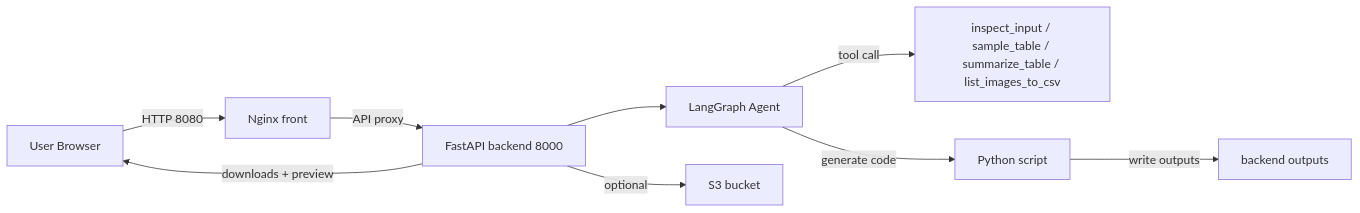
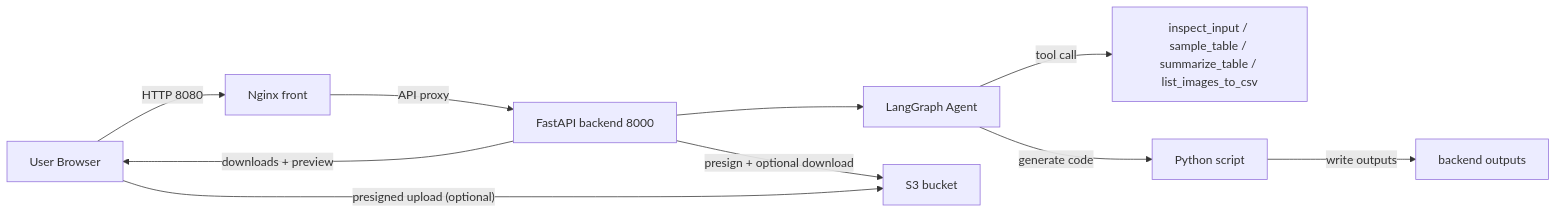
One commit to sonsukwoo/Data_preprocessing_auto changed the first of 3 diagrams in README.md. Above: the diagram before and after it, drawn with Mermaid. The commit also changed other lines of this file, not shown here.

````diff
--- a/README.md
+++ b/README.md
@@ -95,11 +95,12 @@
 ```mermaid
 flowchart LR
   U["User Browser"] -->|"HTTP 8080"| N["Nginx front"]
   N -->|"API proxy"| A["FastAPI backend 8000"]
   A --> G["LangGraph Agent"]
   G -->|"tool call"| T["inspect_input / sample_table / summarize_table / list_images_to_csv"]
   G -->|"generate code"| P["Python script"]
   P -->|"write outputs"| O["backend outputs"]
   A -->|"downloads + preview"| U
-  A -->|"optional"| S3["S3 bucket"]
+  A -->|"presign + optional download"| S3["S3 bucket"]
+  U -->|"presigned upload (optional)"| S3
 ```
````
